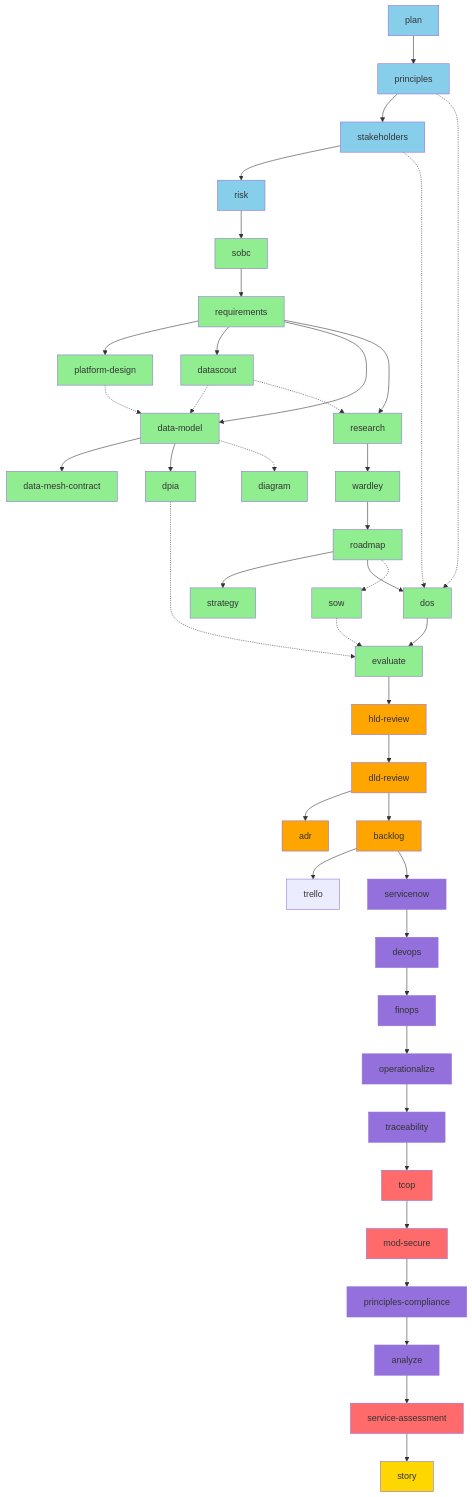
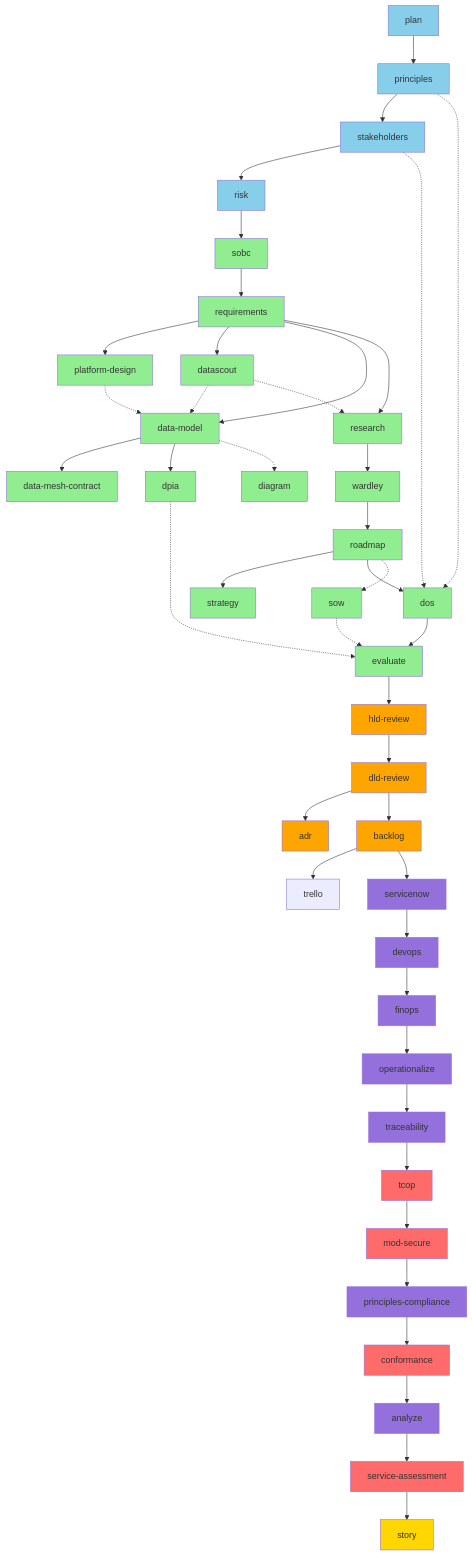
One commit to tractorjuice/arc-kit changed the fourth of 9 diagrams in WORKFLOW-DIAGRAMS.md. Above: the diagram before and after it, drawn with Mermaid. The commit also changed other lines of this file and 40 other files, not shown here.

First line of the commit message:
release: v2.9.0 — architecture conformance assessment command (#55)

```diff
--- a/WORKFLOW-DIAGRAMS.md
+++ b/WORKFLOW-DIAGRAMS.md
@@ -399,7 +405,8 @@
     W --> W1[tcop]
     W1 --> W2[mod-secure]
     W2 --> W3[principles-compliance]
-    W3 --> X[analyze]
+    W3 --> W4[conformance]
+    W4 --> X[analyze]
     X --> Y[service-assessment]
 
     %% Tier 11: Reporting
@@ -436,6 +443,7 @@
     style W1 fill:#FF6B6B
     style W2 fill:#FF6B6B
     style W3 fill:#9370DB
+    style W4 fill:#FF6B6B
     style X fill:#9370DB
     style Y fill:#FF6B6B
     style Z fill:#FFD700
```
